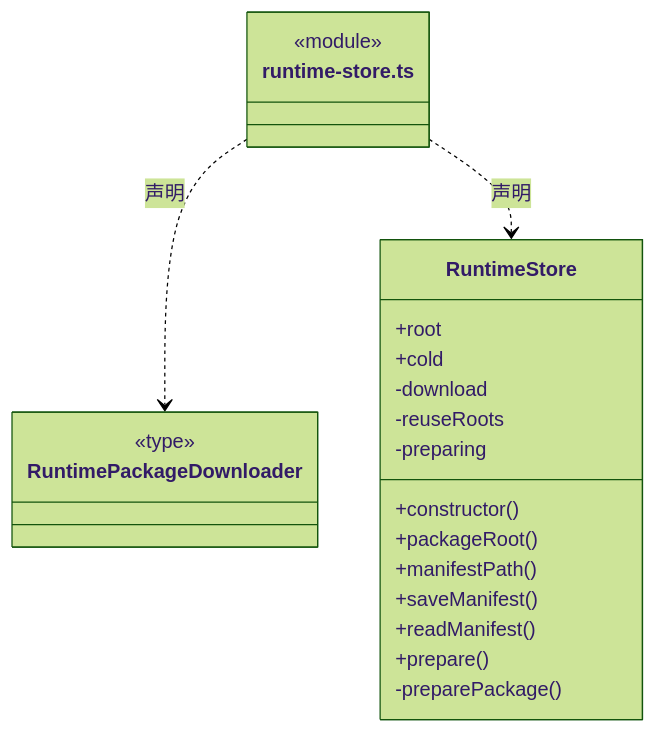
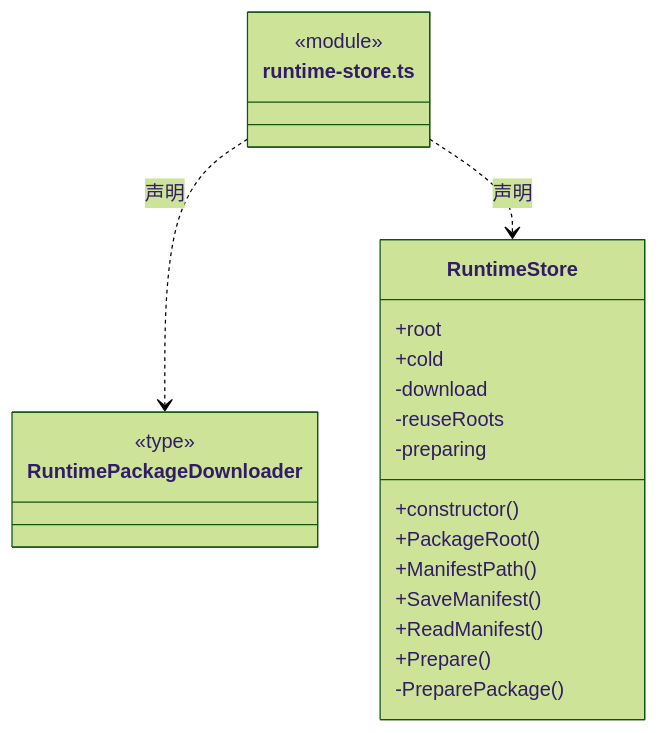
Before and after one commit to nan023062/cbim: diagram 20 of 28 in src/logic/updates/service/ARCHITECTURE.md, drawn with Mermaid (forest theme). The commit also changed other lines of this file and 1035 other files, not shown here.

````diff
--- a/src/logic/updates/service/ARCHITECTURE.md
+++ b/src/logic/updates/service/ARCHITECTURE.md
@@ -425,26 +425,26 @@
 ```mermaid
 classDiagram
 class N_src_logic_updates_service_runtime_store_ts["runtime-store.ts"] {
   <<module>>
 }
 class N_src_logic_updates_service_runtime_store_ts_RuntimePackageDownloader["RuntimePackageDownloader"] {
   <<type>>
 
 }
 N_src_logic_updates_service_runtime_store_ts ..> N_src_logic_updates_service_runtime_store_ts_RuntimePackageDownloader : 声明
 class N_src_logic_updates_service_runtime_store_ts_RuntimeStore["RuntimeStore"] {
   +root
   +cold
   +constructor()
-  +packageRoot()
-  +manifestPath()
-  +saveManifest()
-  +readManifest()
-  +prepare()
+  +PackageRoot()
+  +ManifestPath()
+  +SaveManifest()
+  +ReadManifest()
+  +Prepare()
   -download
   -reuseRoots
   -preparing
-  -preparePackage()
+  -PreparePackage()
 }
 N_src_logic_updates_service_runtime_store_ts ..> N_src_logic_updates_service_runtime_store_ts_RuntimeStore : 声明
 ```
````
